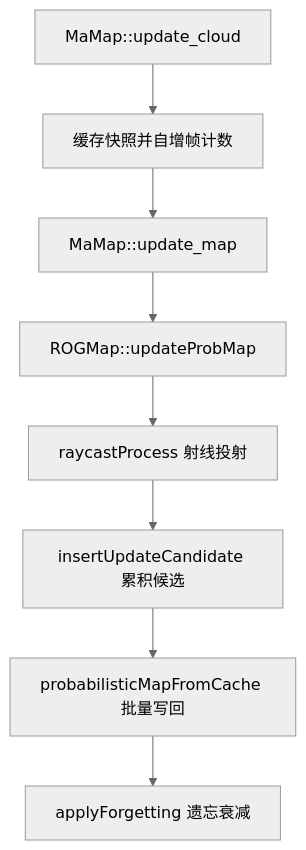
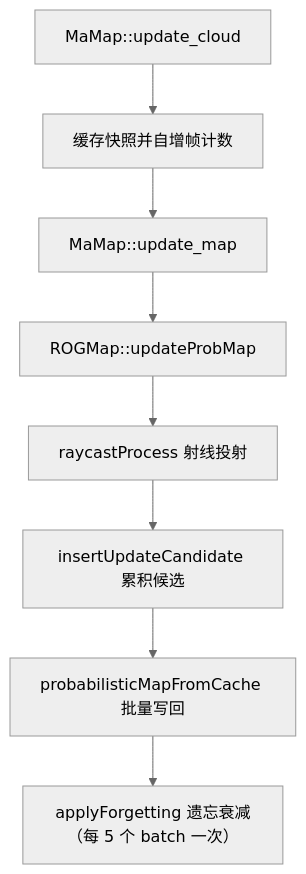
One commit to YD07-xyt/MA_Nav changed the second of 2 diagrams in docs/nav/map/模块设计说明.md. Above: the diagram before and after it, drawn with Mermaid (neutral theme). The commit also changed other lines of this file and 107 other files, not shown here.

````diff
--- a/docs/nav/map/模块设计说明.md
+++ b/docs/nav/map/模块设计说明.md
@@ -73,10 +73,10 @@
 ```mermaid
 graph TD
     A[MaMap::update_cloud] --> B[缓存快照并自增帧计数]
     B --> C[MaMap::update_map]
     C --> D[ROGMap::updateProbMap]
     D --> E[raycastProcess 射线投射]
     E --> F[insertUpdateCandidate 累积候选]
     F --> G[probabilisticMapFromCache 批量写回]
-    G --> H[applyForgetting 遗忘衰减]
+    G --> H["applyForgetting 遗忘衰减（每 5 个 batch 一次）"]
 ```
````
